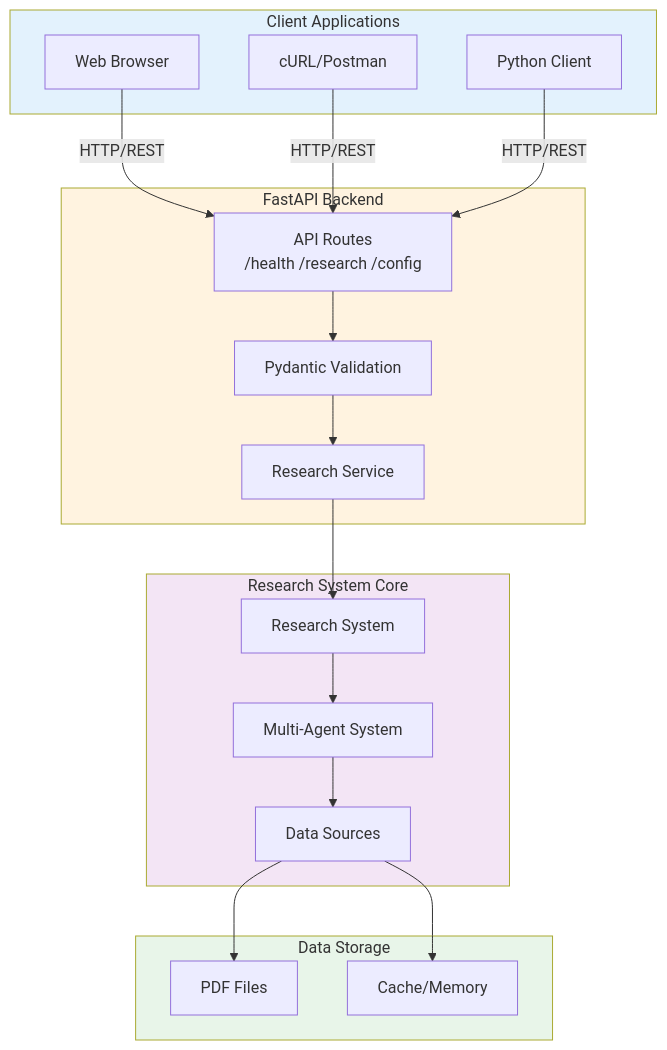
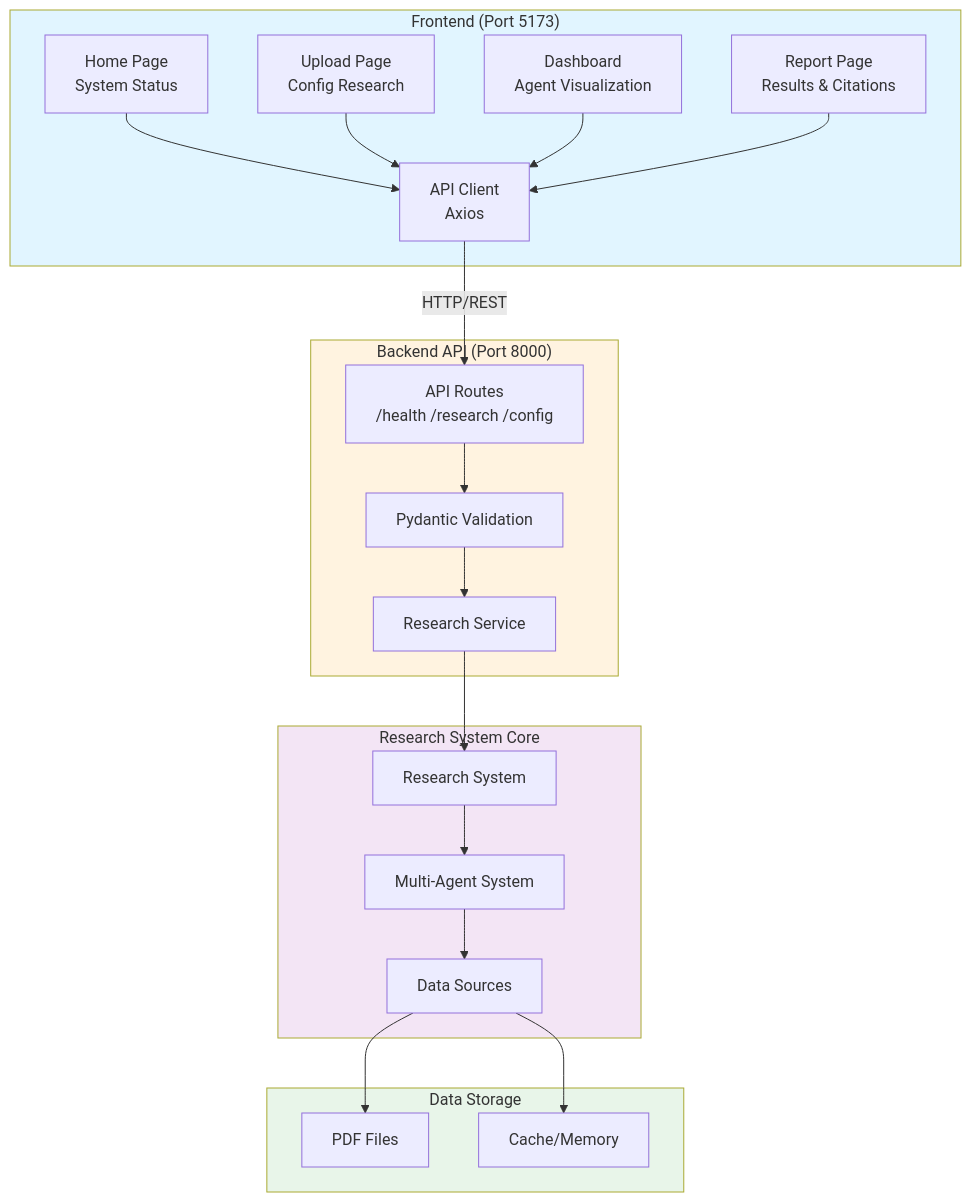
The sixth of 10 diagrams in ARCHITECTURE_DIAGRAMS.md (Abderrahmane-dotcom/mit_hackathon), drawn with Mermaid before and after one commit. The commit also changed other lines of this file and 2 other files, not shown here.

Commit message:
Some update in readme and diagrams

````diff
--- a/ARCHITECTURE_DIAGRAMS.md
+++ b/ARCHITECTURE_DIAGRAMS.md
@@ -259,42 +284,47 @@
 ```mermaid
 graph TB
-    subgraph Client["Client Applications"]
-        WEB[Web Browser]
-        CURL[cURL/Postman]
-        PY[Python Client]
+    subgraph Frontend["Frontend (Port 5173)"]
+        HOME[Home Page<br/>System Status]
+        UPLOAD[Upload Page<br/>Config Research]
+        DASH[Dashboard<br/>Agent Visualization]
+        REPORT[Report Page<br/>Results & Citations]
+        API_CLIENT[API Client<br/>Axios]
     end
 
-    subgraph API["FastAPI Backend"]
+    subgraph Backend["Backend API (Port 8000)"]
         ROUTES[API Routes<br/>/health /research /config]
         SERVICE[Research Service]
         VALID[Pydantic Validation]
     end
 
     subgraph Core["Research System Core"]
         RSYS[Research System]
         AGENTS[Multi-Agent System]
         DATA[Data Sources]
     end
 
     subgraph Storage["Data Storage"]
         PDFS[PDF Files]
         CACHE[Cache/Memory]
     end
 
-    WEB -->|HTTP/REST| ROUTES
-    CURL -->|HTTP/REST| ROUTES
-    PY -->|HTTP/REST| ROUTES
+    HOME --> API_CLIENT
+    UPLOAD --> API_CLIENT
+    DASH --> API_CLIENT
+    REPORT --> API_CLIENT
+    
+    API_CLIENT -->|HTTP/REST| ROUTES
     
     ROUTES --> VALID
     VALID --> SERVICE
     SERVICE --> RSYS
     RSYS --> AGENTS
     AGENTS --> DATA
     DATA --> PDFS
     DATA --> CACHE
 
-    style Client fill:#e3f2fd
-    style API fill:#fff3e0
+    style Frontend fill:#e1f5ff
+    style Backend fill:#fff3e0
     style Core fill:#f3e5f5
     style Storage fill:#e8f5e9
 ```
````
